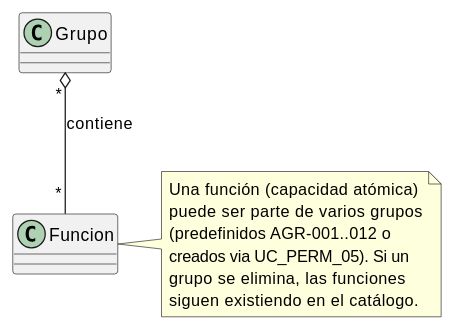
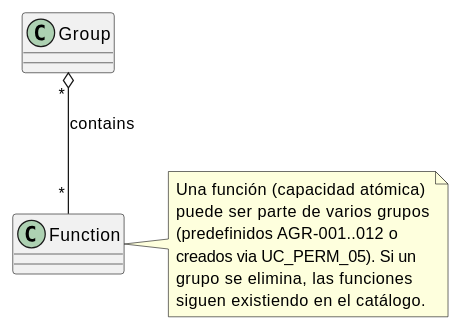
One commit to jcg-admin/IACT-docs changed the first of 2 diagrams in source/requisitos/_metodologia-aplicacion/orientacion-objetos/agregacion-vs-composicion-en-iact.rst. Above: the diagram before and after it, drawn with PlantUML. The commit also changed other lines of this file and 6 other files, not shown here.

```diff
--- a/source/requisitos/_metodologia-aplicacion/orientacion-objetos/agregacion-vs-composicion-en-iact.rst
+++ b/source/requisitos/_metodologia-aplicacion/orientacion-objetos/agregacion-vs-composicion-en-iact.rst
@@ -6,16 +6,16 @@
 .. uml::
 
    @startuml
 
-   class Grupo
-   class Funcion
-   Grupo "*" o-- "*" Funcion : contiene
-   note right of Funcion
+   class Group
+   class Function
+   Group "*" o-- "*" Function : contains
+   note right of Function
      Una función (capacidad atómica)
      puede ser parte de varios grupos
      (predefinidos AGR-001..012 o
      creados via UC_PERM_05). Si un
      grupo se elimina, las funciones
      siguen existiendo en el catálogo.
    end note
    @enduml
```
